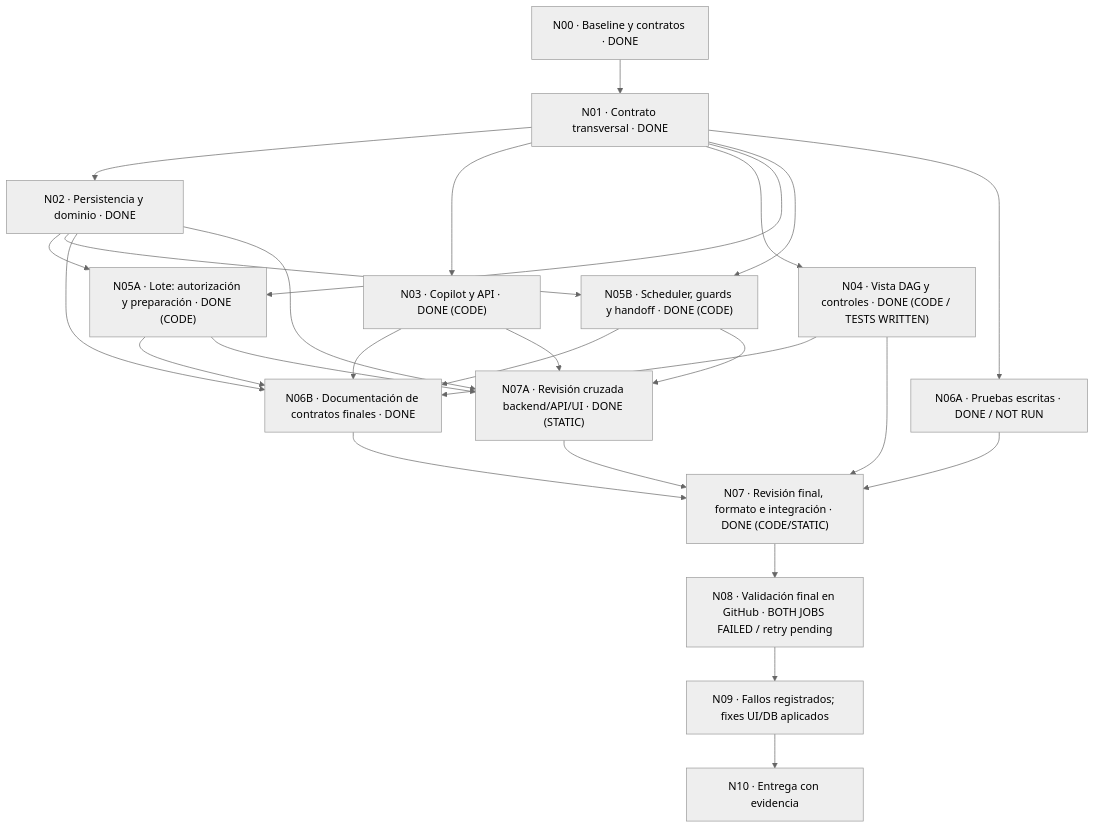
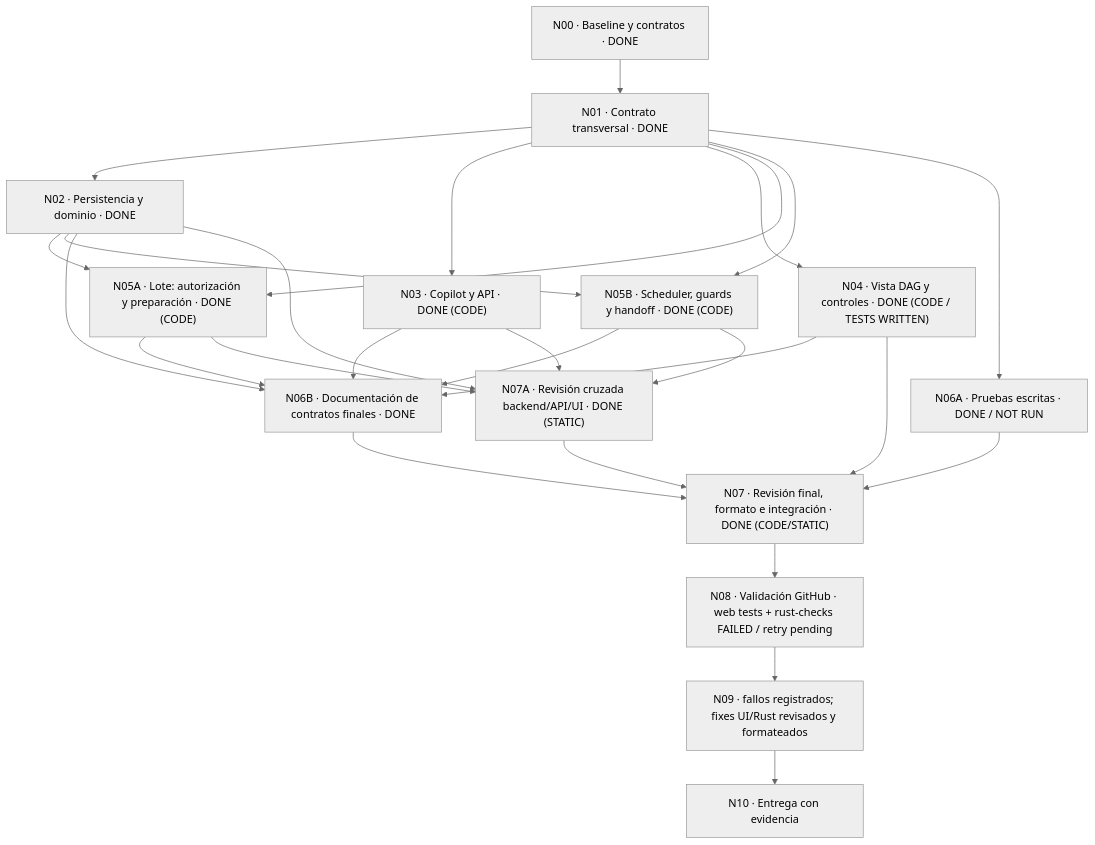
The diagram in docs/plans/project-dag-implementation.md (AlRos14/forge), drawn with Mermaid (neutral theme) before and after one commit. The commit also changed other lines of this file and 12 other files, not shown here.

````diff
--- a/docs/plans/project-dag-implementation.md
+++ b/docs/plans/project-dag-implementation.md
@@ -67,28 +71,28 @@
 ```mermaid
 flowchart TD
     N00["N00 · Baseline y contratos · DONE"] --> N01["N01 · Contrato transversal · DONE"]
     N01 --> N02["N02 · Persistencia y dominio · DONE"]
     N01 --> N03["N03 · Copilot y API · DONE (CODE)"]
     N01 --> N04["N04 · Vista DAG y controles · DONE (CODE / TESTS WRITTEN)"]
     N01 --> N05A["N05A · Lote: autorización y preparación · DONE (CODE)"]
     N02 --> N05A
     N01 --> N05B["N05B · Scheduler, guards y handoff · DONE (CODE)"]
     N02 --> N05B
     N01 --> N06A["N06A · Pruebas escritas · DONE / NOT RUN"]
     N02 --> N06B["N06B · Documentación de contratos finales · DONE"]
     N03 --> N06B
     N04 --> N06B
     N05A --> N06B
     N05B --> N06B
     N02 --> N07A["N07A · Revisión cruzada backend/API/UI · DONE (STATIC)"]
     N03 --> N07A
     N05A --> N07A
     N05B --> N07A
     N07A --> N07["N07 · Revisión final, formato e integración · DONE (CODE/STATIC)"]
     N04 --> N07
     N06A --> N07
     N06B --> N07
-    N07 --> N08["N08 · Validación final en GitHub · BOTH JOBS FAILED / retry pending"]
-    N08 --> N09["N09 · Fallos registrados; fixes UI/DB aplicados"]
+    N07 --> N08["N08 · Validación GitHub · web tests + rust-checks FAILED / retry pending"]
+    N08 --> N09["N09 · fallos registrados; fixes UI/Rust revisados y formateados"]
     N09 --> N10["N10 · Entrega con evidencia"]
 ```
````
